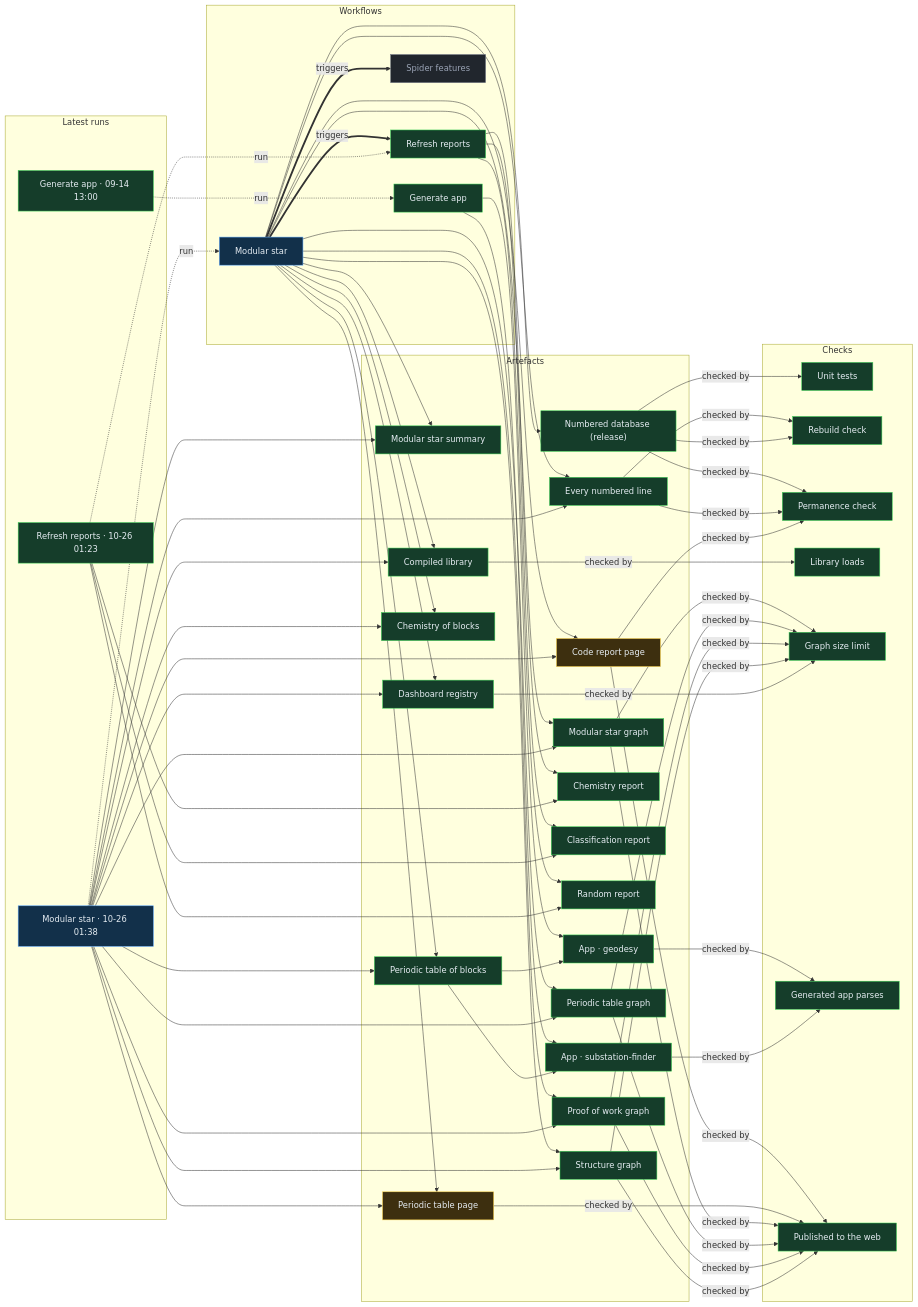
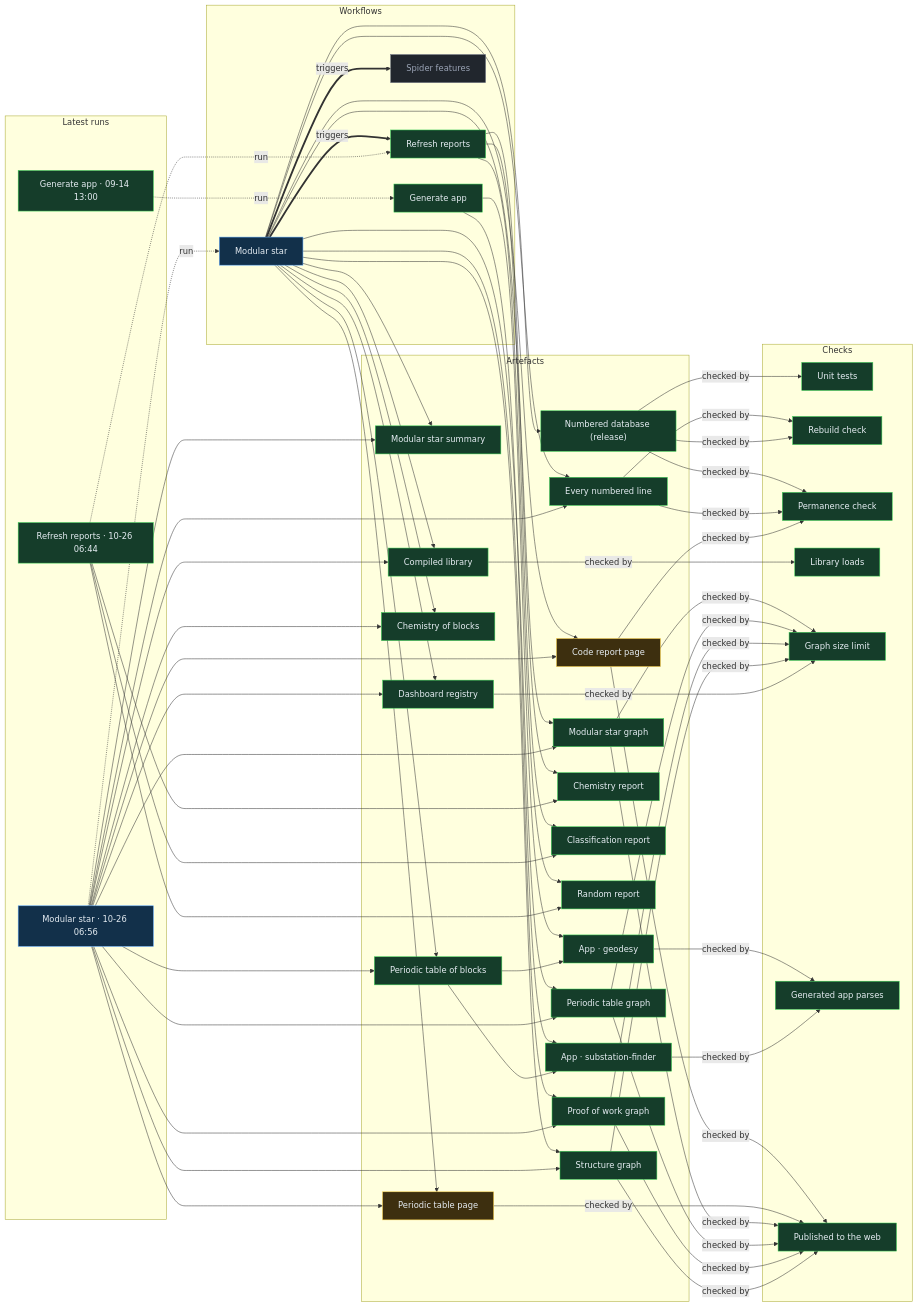
Before and after one commit to Ventusltd/stars: the diagram in proof/PROOF.md, drawn with Mermaid. The commit also changed other lines of this file and 44 other files, not shown here.

Commit message:
Modular star 2026-10-26T06:58Z

```diff
--- a/proof/PROOF.md
+++ b/proof/PROOF.md
@@ -24,8 +24,8 @@
   n_wf_spider_features["Spider features"]:::off
   end
   subgraph g_runs["Latest runs"]
-  n_run_40255228762["Modular star · 10-26 01:38"]:::live
-  n_run_40253942328["Refresh reports · 10-26 01:23"]:::ok
+  n_run_40282743560["Modular star · 10-26 06:56"]:::live
+  n_run_40281557406["Refresh reports · 10-26 06:44"]:::ok
   n_run_34846587798["Generate app · 09-14 13:00"]:::ok
   end
   subgraph g_artefacts["Artefacts"]
@@ -59,39 +59,39 @@
   end
   n_wf_modular_star == triggers ==> n_wf_refresh
   n_wf_modular_star == triggers ==> n_wf_spider_features
-  n_run_40255228762 -. run .-> n_wf_modular_star
-  n_run_40253942328 -. run .-> n_wf_refresh
+  n_run_40282743560 -. run .-> n_wf_modular_star
+  n_run_40281557406 -. run .-> n_wf_refresh
   n_run_34846587798 -. run .-> n_wf_generate
   n_wf_modular_star --> n_art_summary
-  n_run_40255228762 --> n_art_summary
+  n_run_40282743560 --> n_art_summary
   n_wf_modular_star --> n_art_lines
-  n_run_40255228762 --> n_art_lines
+  n_run_40282743560 --> n_art_lines
   n_wf_modular_star --> n_art_code
-  n_run_40255228762 --> n_art_code
+  n_run_40282743560 --> n_art_code
   n_wf_modular_star --> n_art_modular_graph
-  n_run_40255228762 --> n_art_modular_graph
+  n_run_40282743560 --> n_art_modular_graph
   n_wf_modular_star --> n_art_blocks
-  n_run_40255228762 --> n_art_blocks
+  n_run_40282743560 --> n_art_blocks
   n_wf_modular_star --> n_art_table
-  n_run_40255228762 --> n_art_table
+  n_run_40282743560 --> n_art_table
   n_wf_modular_star --> n_art_blocks_graph
-  n_run_40255228762 --> n_art_blocks_graph
+  n_run_40282743560 --> n_art_blocks_graph
   n_wf_modular_star --> n_art_reactions
-  n_run_40255228762 --> n_art_reactions
+  n_run_40282743560 --> n_art_reactions
   n_wf_modular_star --> n_art_library
-  n_run_40255228762 --> n_art_library
+  n_run_40282743560 --> n_art_library
   n_wf_modular_star --> n_art_features
-  n_run_40255228762 --> n_art_features
+  n_run_40282743560 --> n_art_features
   n_wf_modular_star --> n_art_proof
-  n_run_40255228762 --> n_art_proof
+  n_run_40282743560 --> n_art_proof
   n_wf_modular_star --> n_art_structure
-  n_run_40255228762 --> n_art_structure
+  n_run_40282743560 --> n_art_structure
   n_wf_refresh --> n_art_chemistry
-  n_run_40253942328 --> n_art_chemistry
+  n_run_40281557406 --> n_art_chemistry
   n_wf_refresh --> n_art_vedic
-  n_run_40253942328 --> n_art_vedic
+  n_run_40281557406 --> n_art_vedic
   n_wf_refresh --> n_art_random
-  n_run_40253942328 --> n_art_random
+  n_run_40281557406 --> n_art_random
   n_wf_modular_star --> n_art_release
   n_wf_generate --> n_app_geodesy
   n_art_blocks --> n_app_geodesy
```
